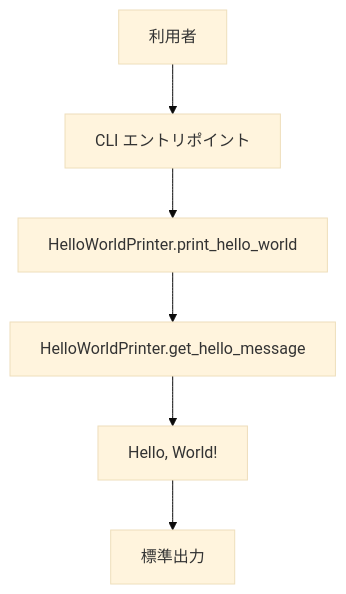
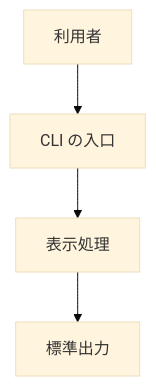
The first of 3 diagrams in evals/isdd-setup/fixtures/docs/detail_design.md (notfolder/isdd), drawn with Mermaid (base theme) before and after one commit. The commit also changed other lines of this file and 127 other files, not shown here.

````diff
--- a/evals/isdd-setup/fixtures/docs/detail_design.md
+++ b/evals/isdd-setup/fixtures/docs/detail_design.md
@@ -23,8 +29,6 @@
 ```mermaid
 flowchart TD
-    A[利用者] --> B[CLI エントリポイント]
-    B --> C[HelloWorldPrinter.print_hello_world]
-    C --> D[HelloWorldPrinter.get_hello_message]
-    D --> E["Hello, World!"]
-    E --> F[標準出力]
+    A[利用者] --> B[CLI の入口]
+    B --> C[表示処理]
+    C --> D[標準出力]
 ```
````
